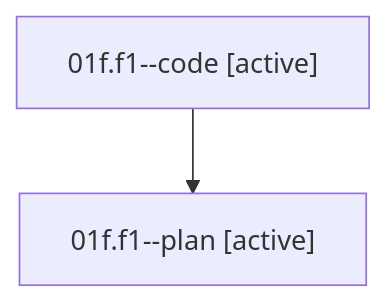
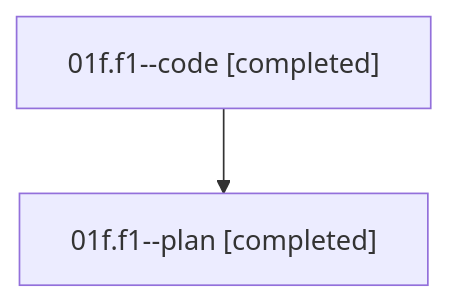
Before and after one commit to sase-org/sase--agents: the diagram in families/bbugyi200.athena.01f.f1.md, drawn with Mermaid. The commit also changed other lines of this file and 48 other files, not shown here.

````diff
--- a/families/bbugyi200.athena.01f.f1.md
+++ b/families/bbugyi200.athena.01f.f1.md
@@ -9,6 +9,6 @@
 ```mermaid
 flowchart TD
-  n0["01f.f1--code [active]"]
-  n1["01f.f1--plan [active]"]
+  n0["01f.f1--code [completed]"]
+  n1["01f.f1--plan [completed]"]
   n0 --> n1
 ```
````
